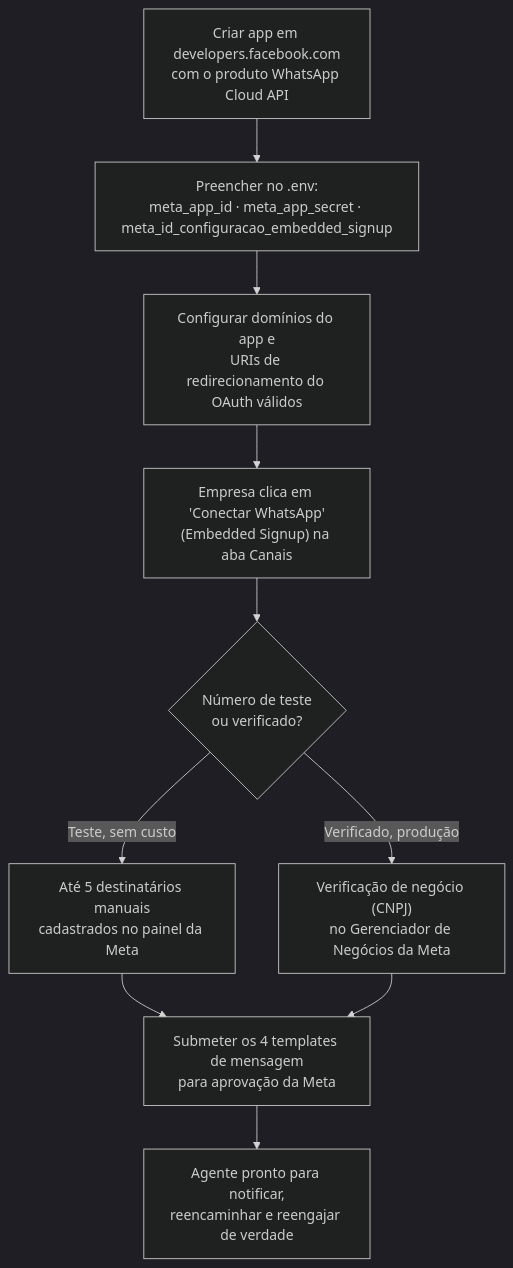
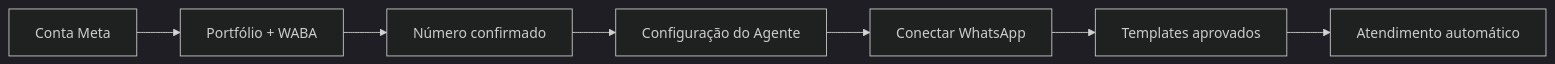
One commit to mauriciomeira85/agente_de_IA_para_atendimento changed the fourth of 4 diagrams in README.md. Above: the diagram before and after it, drawn with Mermaid (dark theme). The commit also changed other lines of this file and 18 other files, not shown here.

First line of the commit message:
Padroniza a aba Canais, o guia do WhatsApp e o envio de templates

````diff
--- a/README.md
+++ b/README.md
@@ -191,12 +191,9 @@
 ```mermaid
-flowchart TD
-    A["Criar app em developers.facebook.com<br/>com o produto WhatsApp Cloud API"] --> B["Preencher no .env:<br/>meta_app_id · meta_app_secret · meta_id_configuracao_embedded_signup"]
-    B --> C["Configurar domínios do app e<br/>URIs de redirecionamento do OAuth válidos"]
-    C --> D["Empresa clica em 'Conectar WhatsApp'<br/>(Embedded Signup) na aba Canais"]
-    D --> E{"Número de teste<br/>ou verificado?"}
-    E -->|Teste, sem custo| F["Até 5 destinatários manuais<br/>cadastrados no painel da Meta"]
-    E -->|Verificado, produção| G["Verificação de negócio (CNPJ)<br/>no Gerenciador de Negócios da Meta"]
-    F --> H["Submeter os 4 templates de mensagem<br/>para aprovação da Meta"]
-    G --> H
-    H --> I["Agente pronto para notificar,<br/>reencaminhar e reengajar de verdade"]
+flowchart LR
+    A["Conta Meta"] --> B["Portfólio + WABA"]
+    B["Portfólio + WABA"] --> C["Número confirmado"]
+    C["Número confirmado"] --> D["Configuração do Agente"]
+    D["Configuração do Agente"] --> E["Conectar WhatsApp"]
+    E["Conectar WhatsApp"] --> F["Templates aprovados"]
+    F["Templates aprovados"] --> G["Atendimento automático"]
 ```
````
